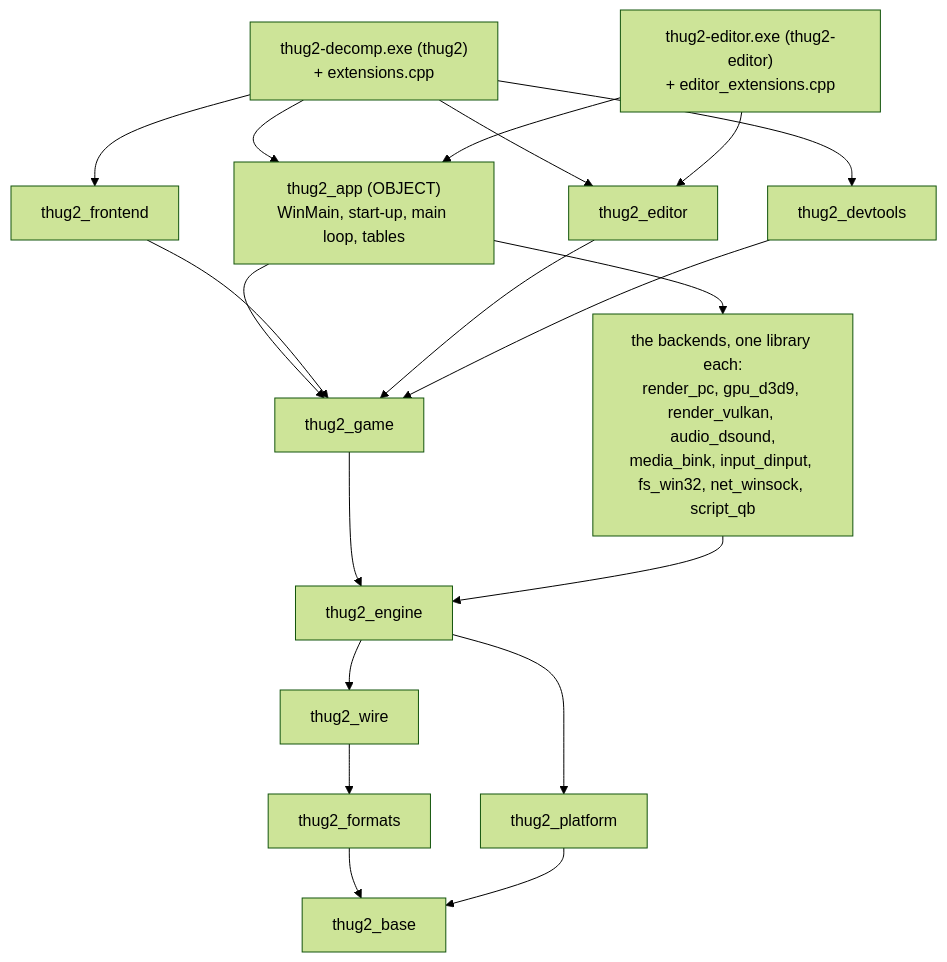
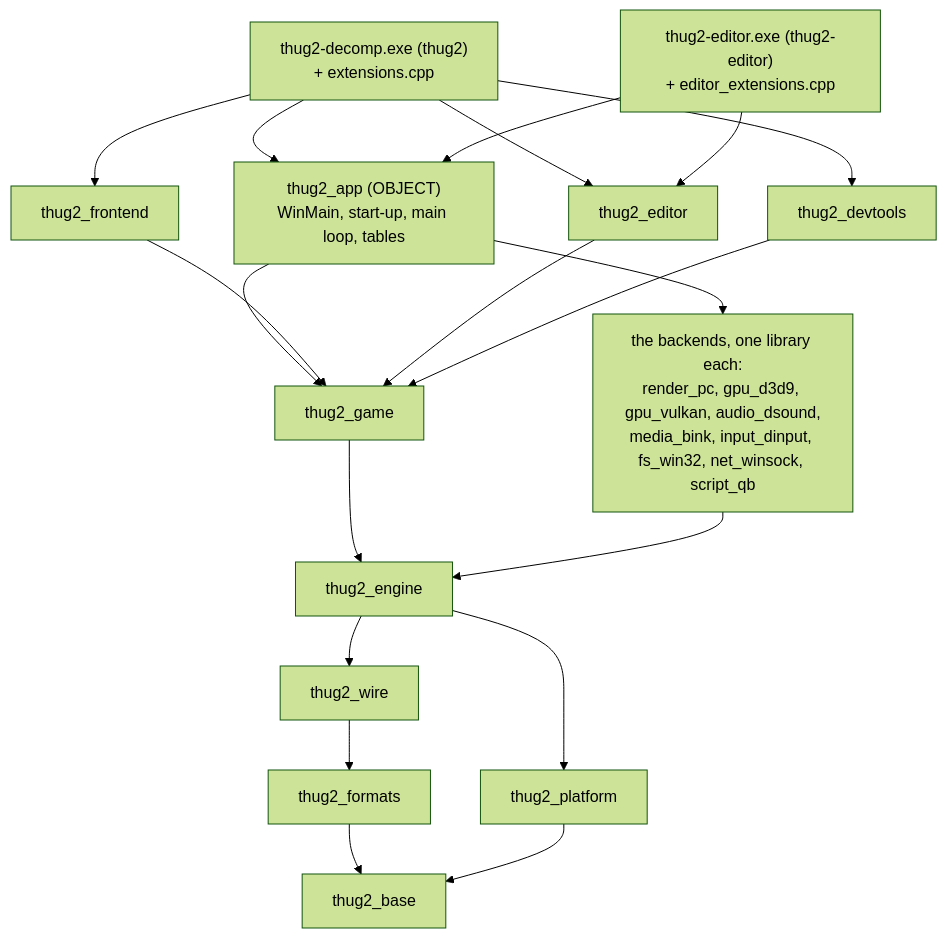
Before and after one commit to CanuckAussieKev/thug2-decomp: the diagram in docs/architecture.md, drawn with Mermaid (forest theme). The commit also changed other lines of this file and 27 other files, not shown here.

First line of the commit message:
render_vulkan -> gpu_vulkan: the Vulkan backend's folder and library renamed (it gets the Vulkan Gpu)

````diff
--- a/docs/architecture.md
+++ b/docs/architecture.md
@@ -158,35 +158,35 @@
 ```mermaid
 graph TD
     thug2["thug2-decomp.exe (thug2)<br/>+ extensions.cpp"]
     editorexe["thug2-editor.exe (thug2-editor)<br/>+ editor_extensions.cpp"]
     app["thug2_app (OBJECT)<br/>WinMain, start-up, main loop, tables"]
     frontend[thug2_frontend]
     editor[thug2_editor]
     devtools[thug2_devtools]
     game[thug2_game]
     engine[thug2_engine]
-    backends["the backends, one library each:<br/>render_pc, gpu_d3d9, render_vulkan, audio_dsound,<br/>media_bink, input_dinput, fs_win32, net_winsock, script_qb"]
+    backends["the backends, one library each:<br/>render_pc, gpu_d3d9, gpu_vulkan, audio_dsound,<br/>media_bink, input_dinput, fs_win32, net_winsock, script_qb"]
     wire[thug2_wire]
     platform[thug2_platform]
     formats[thug2_formats]
     base[thug2_base]
 
     thug2 --> app
     thug2 --> frontend
     thug2 --> editor
     thug2 --> devtools
     editorexe --> app
     editorexe --> editor
     app --> game
     app --> backends
     frontend --> game
     editor --> game
     devtools --> game
     game --> engine
     backends --> engine
     engine --> wire
     engine --> platform
     wire --> formats
     formats --> base
     platform --> base
 ```
````
